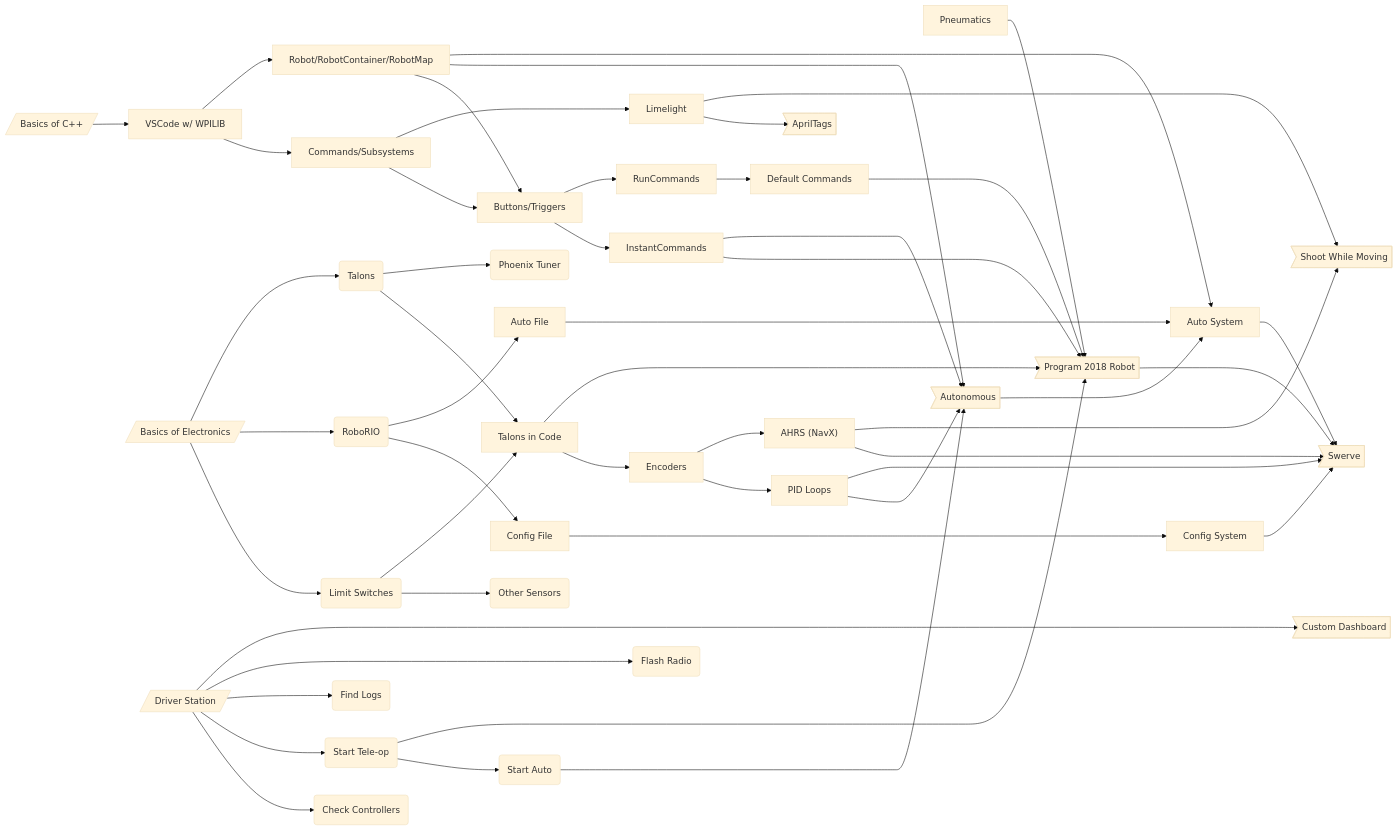
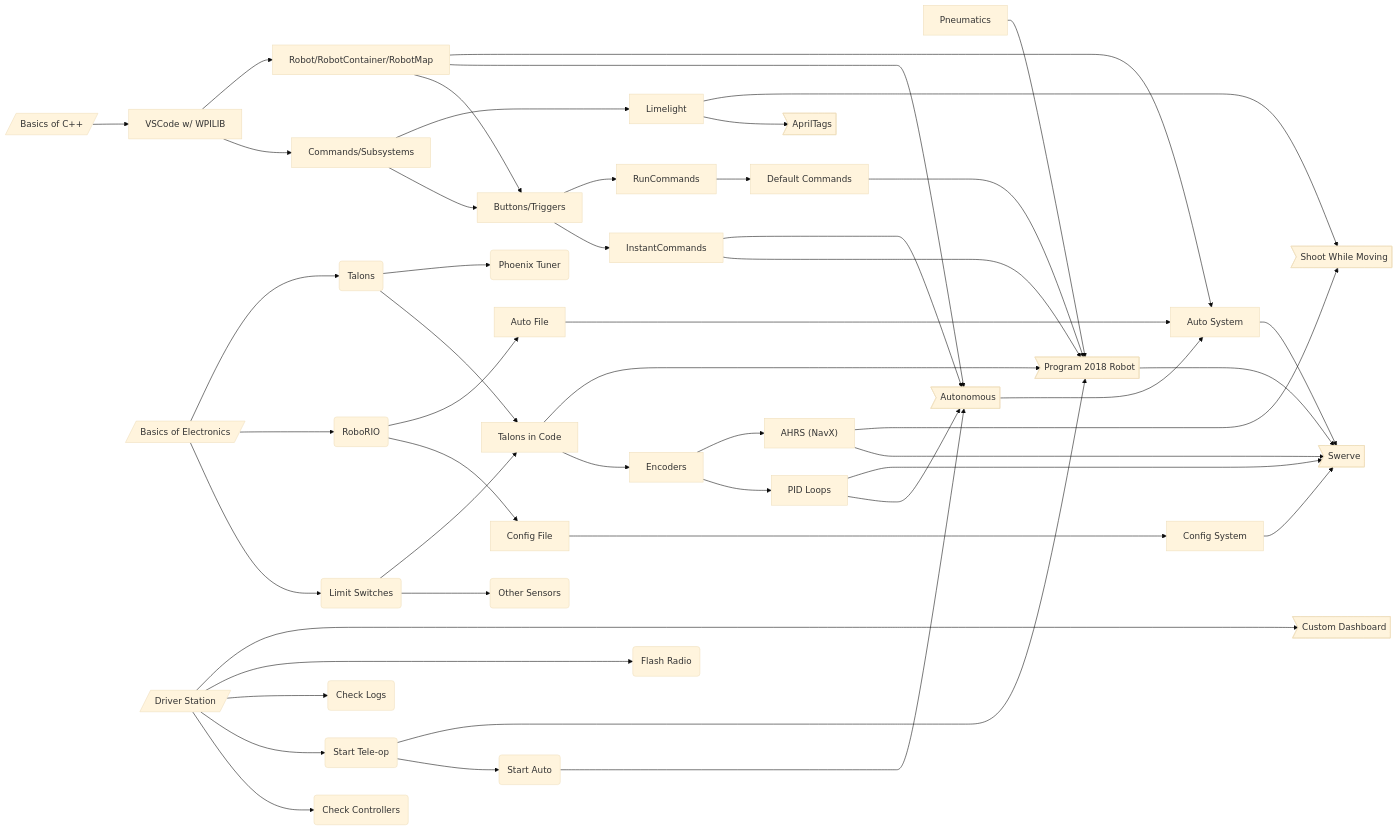
One commit to WCR-FRC-2016/2023trainingrep changed the first of 2 diagrams in README.md. Above: the diagram before and after it, drawn with Mermaid (base theme).

Commit message:
Add Finished Indicator
Add finished (use with A[...]:::finished). Changes edges of node to green to show completion.

````diff
--- a/README.md
+++ b/README.md
@@ -5,49 +5,51 @@
 ```mermaid
 flowchart LR;
+
+classDef finished stroke:#0f0
 
 A[/Basics of C++/]
 B[VSCode w/ WPILIB]; A --> B
 C[Commands/Subsystems]; B --> C
 D[Robot/RobotContainer/RobotMap]; B --> D
 E[Buttons/Triggers]; C --> E; D --> E
 G[InstantCommands]; E --> G
 H[RunCommands]; E --> H
 F[Default Commands]; H --> F
 
 I[/Basics of Electronics/]
 L(Limit Switches); I --> L
 O(Other Sensors); L --> O
 P[Encoders]; Q --> P
 j[PID Loops]; P --> j
 R["AHRS (NavX)"]; P --> R
 k(RoboRIO); I --> k
 
 J(Talons); I --> J
 Q[Talons in Code]; J --> Q; L --> Q
 K(Phoenix Tuner); J --> K
 
 i[/Driver Station/]
 M(Check Controllers); i --> M
 N(Start Tele-op); i --> N
 Y(Start Auto); N --> Y
-Z(Find Logs); i --> Z
+Z(Check Logs); i --> Z
 W(Flash Radio); i ----> W
 
 a[Limelight]; C ---> a
 g>AprilTags]; a --> g
 
 T[Config File]; k --> T
 U[Auto File]; k --> U
 
 e[Pneumatics]
 V>Program 2018 Robot]; e --> V; G -----> V; F ----> V; Q ------> V; N ------> V
 
 X>Autonomous]; D ---> X; G ----> X; j ---> X; Y -----> X
 
 b[Config System]; T -------> b
 c[Auto System]; U -------> c; D --------> c; X --> c
 d>Swerve]; b --> d; c --> d; j ------> d; R ------> d; V ---> d
 
 f>Shoot While Moving]; R ------> f; a -------> f
 h>Custom Dashboard]; i ----------> h
 ```
````
